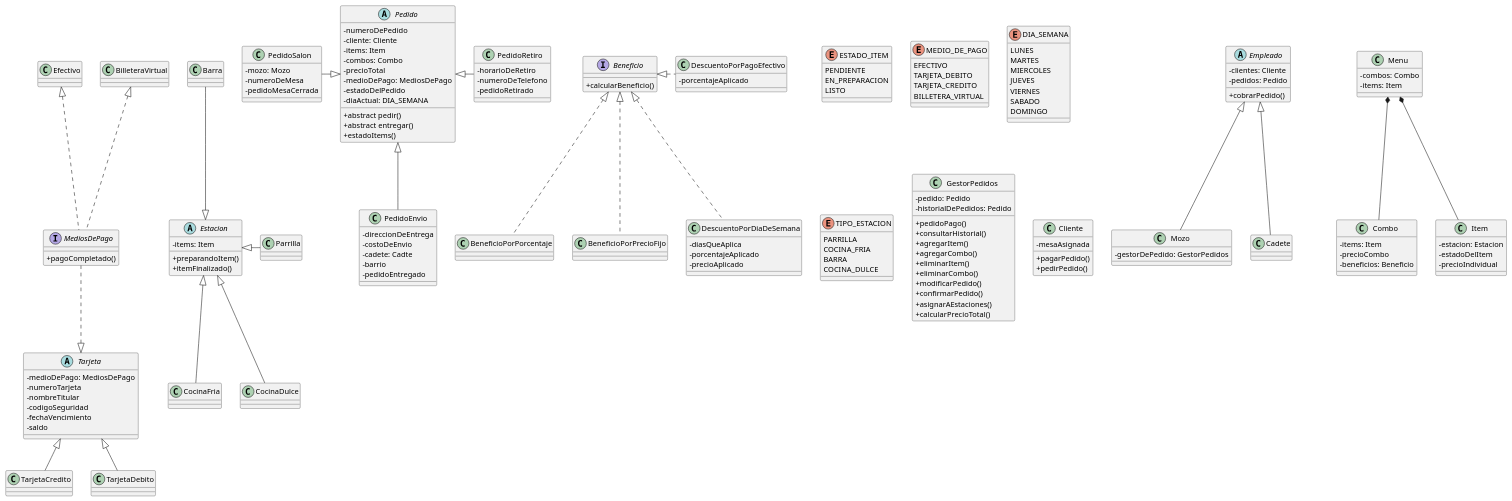
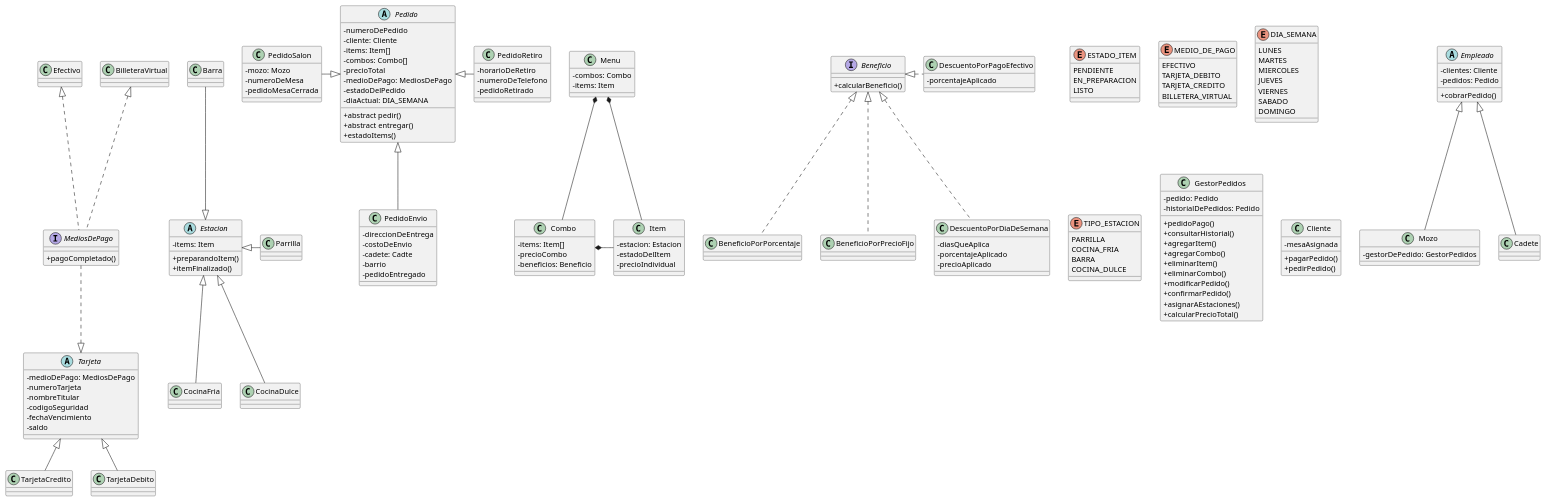
The diagram in diagramas/clasesTP.puml (BrunoE99/tp_restaurante_programacion_II), drawn with PlantUML before and after one commit. The commit also changed 1 other file, not shown here.

Commit message:
primera version pedido y cambios minimos al diagrama

```diff
--- a/diagramas/clasesTP.puml
+++ b/diagramas/clasesTP.puml
@@ -51,8 +51,8 @@
 abstract class Pedido {
     - numeroDePedido
     - cliente: Cliente
-    - items: Item
-    - combos: Combo
+    - items: Item[]
+    - combos: Combo[]
     - precioTotal
     - medioDePago: MediosDePago
     - estadoDelPedido
@@ -141,7 +141,7 @@
 }
 
 class Combo {
-    - items: Item
+    - items: Item[]
     - precioCombo
     - beneficios: Beneficio
 }
@@ -214,6 +214,7 @@
 
 Menu *-- Item
 Menu *-- Combo
+Combo *-r- Item
 
 Beneficio <|.. BeneficioPorPorcentaje
 Beneficio <|.. BeneficioPorPrecioFijo
```
